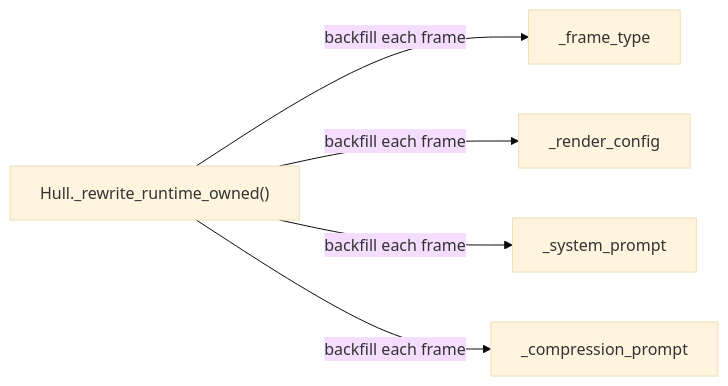
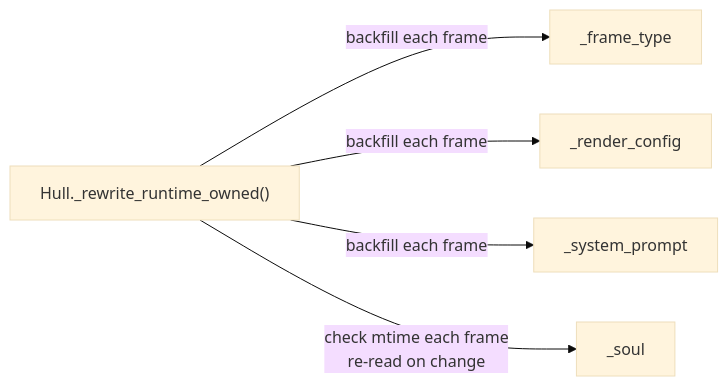
Before and after one commit to vessal-ai/vessal: the third of 3 diagrams in src/vessal/ark/shell/hull/README.md, drawn with Mermaid (base theme). The commit also changed other lines of this file and 10 other files, not shown here.

````diff
--- a/src/vessal/ark/shell/hull/README.md
+++ b/src/vessal/ark/shell/hull/README.md
@@ -70,8 +70,8 @@
 ```mermaid
 graph LR
     Hull["Hull._rewrite_runtime_owned()"]
     Hull -->|"backfill each frame"| FT["_frame_type"]
     Hull -->|"backfill each frame"| RC["_render_config"]
     Hull -->|"backfill each frame"| SP["_system_prompt"]
-    Hull -->|"backfill each frame"| CP["_compression_prompt"]
+    Hull -->|"check mtime each frame\nre-read on change"| SOUL["_soul"]
 ```
````
